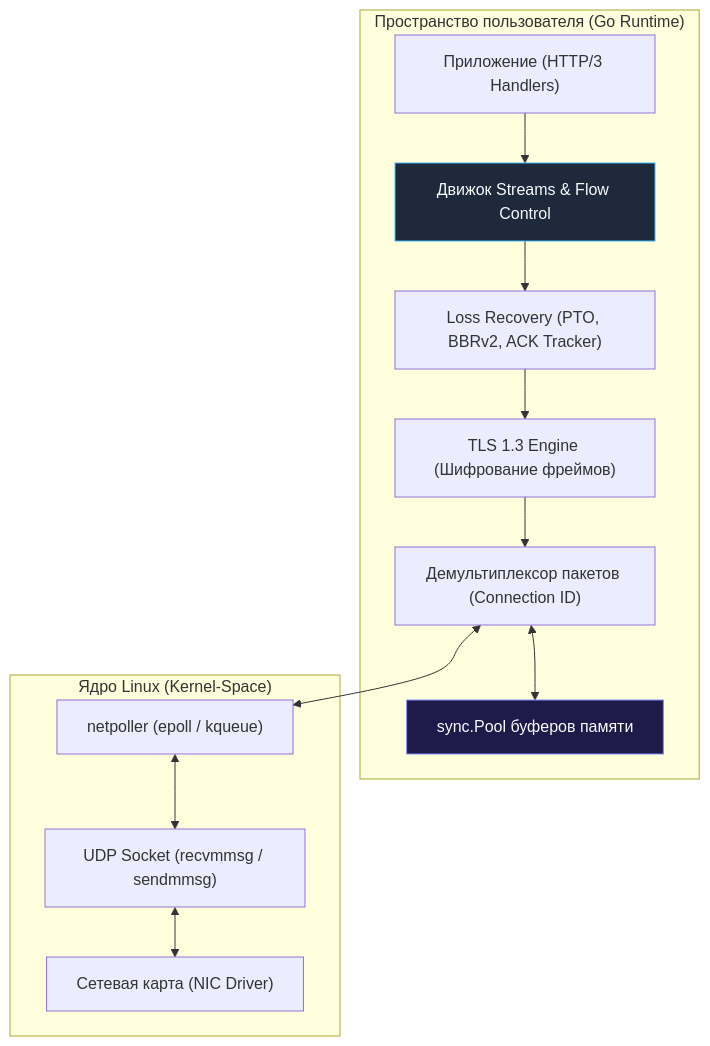
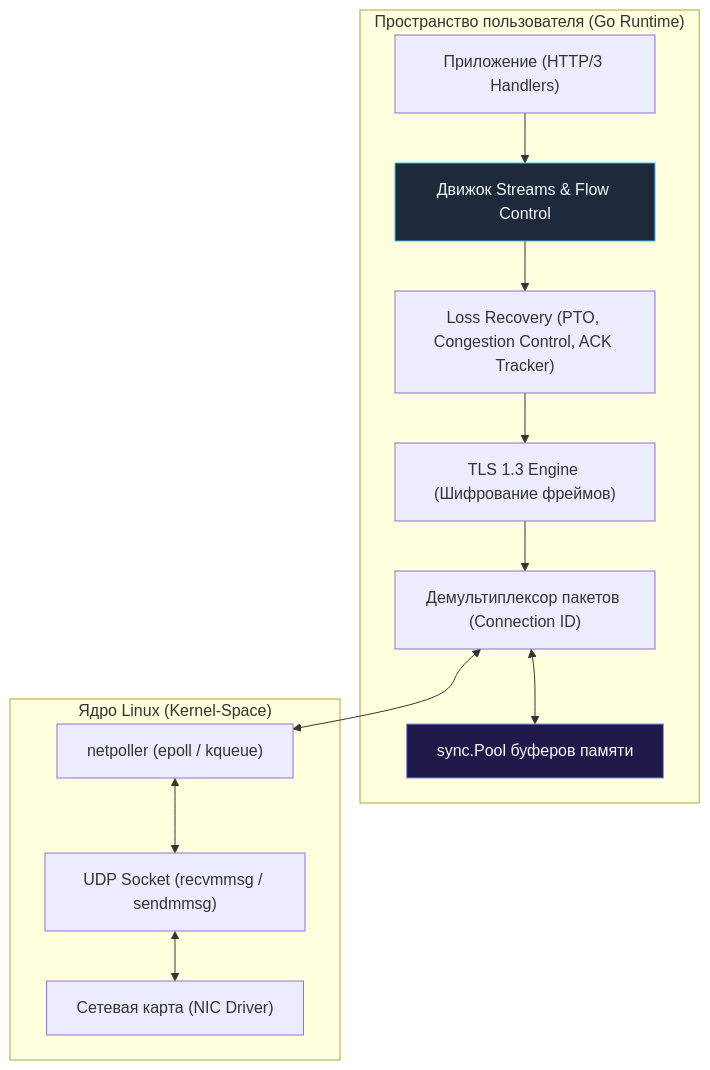
The first of 4 diagrams in sources/3. Компьютерные сети и сетевой стек/24. Deep Dive в QUIC. Пакеты, Stream, Loss Recovery.md (UnrealTemplier/go-textbook-ru), drawn with Mermaid before and after one commit. The commit also changed other lines of this file and 43 other files, not shown here.

````diff
--- a/sources/3. Компьютерные сети и сетевой стек/24. Deep Dive в QUIC. Пакеты, Stream, Loss Recovery.md
+++ b/sources/3. Компьютерные сети и сетевой стек/24. Deep Dive в QUIC. Пакеты, Stream, Loss Recovery.md
@@ -12,37 +12,37 @@
 ```mermaid
 flowchart TD
     classDef process  fill:#1e293b,stroke:#38bdf8,stroke-width:1px,color:#f8fafc
     classDef success  fill:#064e3b,stroke:#34d399,stroke-width:1px,color:#f8fafc
     classDef error    fill:#7f1d1d,stroke:#f87171,stroke-width:1px,color:#f8fafc
     classDef warning  fill:#78350f,stroke:#fbbf24,stroke-width:1px,color:#f8fafc
     classDef entry    fill:#1e3a5f,stroke:#38bdf8,stroke-width:2px,color:#f8fafc
     classDef aux      fill:#334155,stroke:#64748b,stroke-width:1px,color:#f8fafc
     classDef system   fill:#312e81,stroke:#a78bfa,stroke-width:1px,color:#f8fafc
     classDef data     fill:#132d29,stroke:#2dd4bf,stroke-width:1px,color:#f8fafc
     classDef network  fill:#881337,stroke:#fb7185,stroke-width:1px,color:#f8fafc
     classDef accent   fill:#1e1b4b,stroke:#818cf8,stroke-width:1px,color:#f8fafc
     subgraph Userspace ["Пространство пользователя (Go Runtime)"]
         App["Приложение (HTTP/3 Handlers)"]
         StreamEngine["Движок Streams & Flow Control"]:::process
-        LossRecovery["Loss Recovery (PTO, BBRv2, ACK Tracker)"]
+        LossRecovery["Loss Recovery (PTO, Congestion Control, ACK Tracker)"]
         CryptoEngine["TLS 1.3 Engine (Шифрование фреймов)"]
         PacketMux["Демультиплексор пакетов (Connection ID)"]
         BufferPool["sync.Pool буферов памяти"]:::accent
         
         App --> StreamEngine
         StreamEngine --> LossRecovery
         LossRecovery --> CryptoEngine
         CryptoEngine --> PacketMux
         PacketMux <--> BufferPool
     end
 
     subgraph Kernel ["Ядро Linux (Kernel-Space)"]
         Netpoller["netpoller (epoll / kqueue)"]
         UDPSocket["UDP Socket (recvmmsg / sendmmsg)"]
         NetCard["Сетевая карта (NIC Driver)"]
         
         PacketMux <--> Netpoller
         Netpoller <--> UDPSocket
         UDPSocket <--> NetCard
     end
 ```
````
